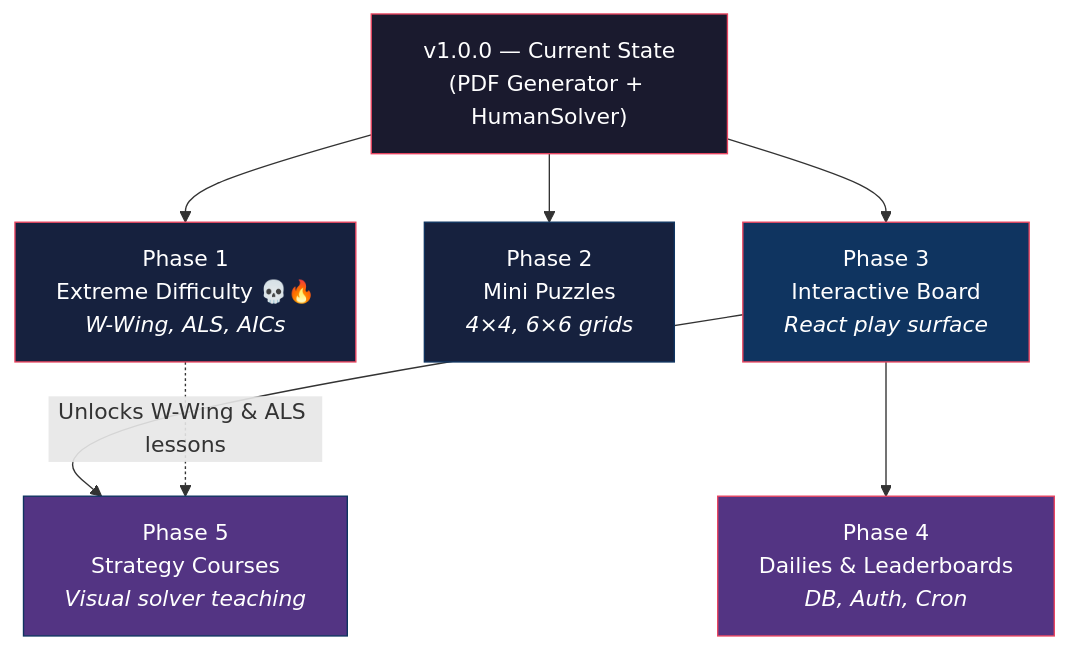
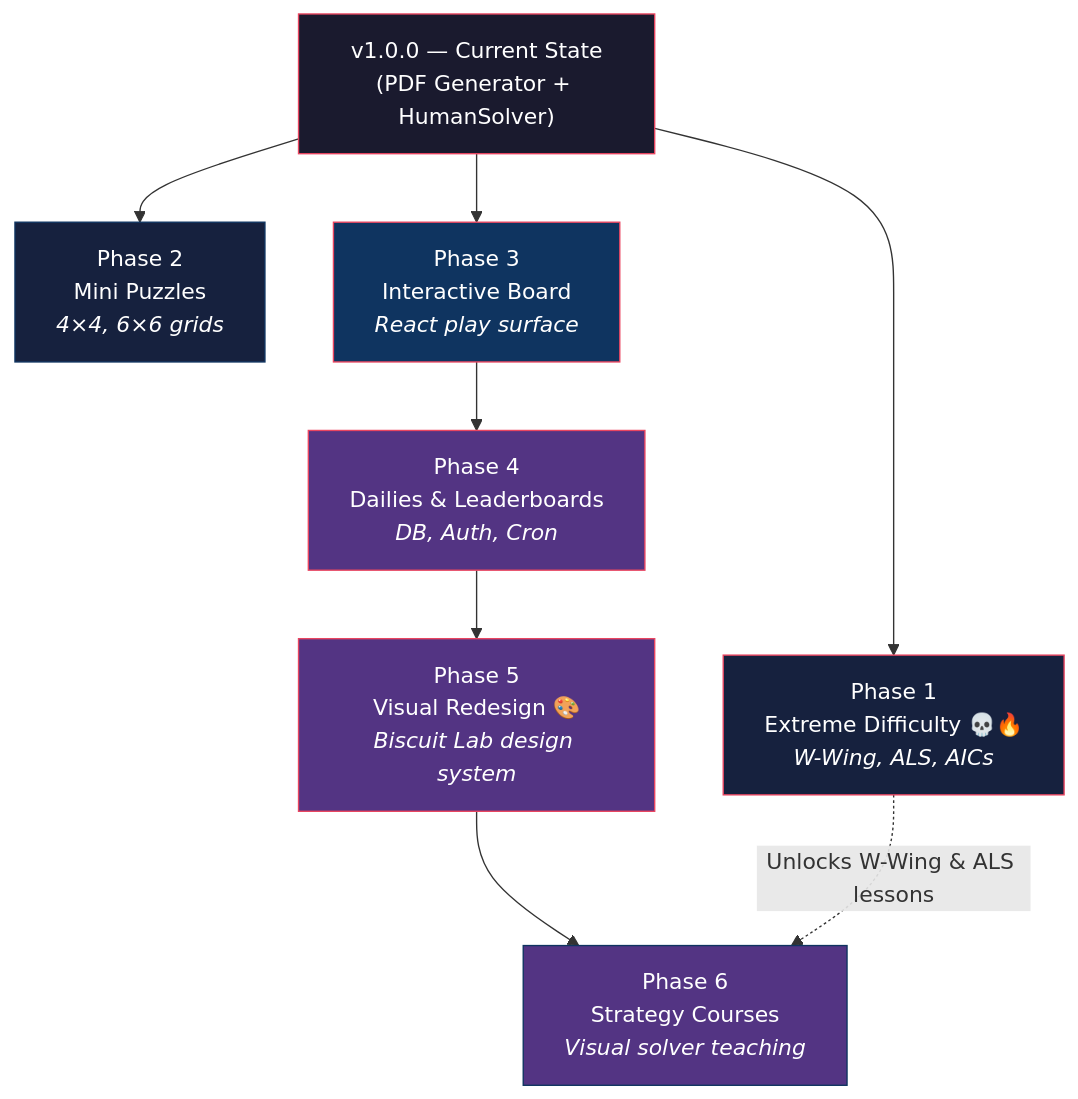
One commit to zfert99/Puzzle-Generator changed the fourth of 4 diagrams in Docs/roadmap.md. Above: the diagram before and after it, drawn with Mermaid. The commit also changed other lines of this file and 1 other file, not shown here.

First line of the commit message:
Docs: make Visual Redesign the next phase (Phase 5); bump Strategy Courses to Phase 6

````diff
--- a/Docs/roadmap.md
+++ b/Docs/roadmap.md
@@ -411,24 +444,27 @@
 ```mermaid
 graph TD
     V1["v1.0.0 — Current State<br/>(PDF Generator + HumanSolver)"]
 
     P1["Phase 1<br/>Extreme Difficulty 💀🔥<br/><i>W-Wing, ALS, AICs</i>"]
     P2["Phase 2<br/>Mini Puzzles<br/><i>4×4, 6×6 grids</i>"]
     P3["Phase 3<br/>Interactive Board<br/><i>React play surface</i>"]
     P4["Phase 4<br/>Dailies & Leaderboards<br/><i>DB, Auth, Cron</i>"]
-    P5["Phase 5<br/>Strategy Courses<br/><i>Visual solver teaching</i>"]
+    P5["Phase 5<br/>Visual Redesign 🎨<br/><i>Biscuit Lab design system</i>"]
+    P6["Phase 6<br/>Strategy Courses<br/><i>Visual solver teaching</i>"]
 
     V1 --> P1
     V1 --> P2
     V1 --> P3
     P3 --> P4
-    P3 --> P5
-    P1 -.->|"Unlocks W-Wing & ALS lessons"| P5
+    P4 --> P5
+    P5 --> P6
+    P1 -.->|"Unlocks W-Wing & ALS lessons"| P6
 
     style V1 fill:#1a1a2e,stroke:#e94560,color:#fff
     style P1 fill:#16213e,stroke:#e94560,color:#fff
     style P2 fill:#16213e,stroke:#0f3460,color:#fff
     style P3 fill:#0f3460,stroke:#e94560,color:#fff
     style P4 fill:#533483,stroke:#e94560,color:#fff
-    style P5 fill:#533483,stroke:#0f3460,color:#fff
+    style P5 fill:#533483,stroke:#e94560,color:#fff
+    style P6 fill:#533483,stroke:#0f3460,color:#fff
 ```
````
